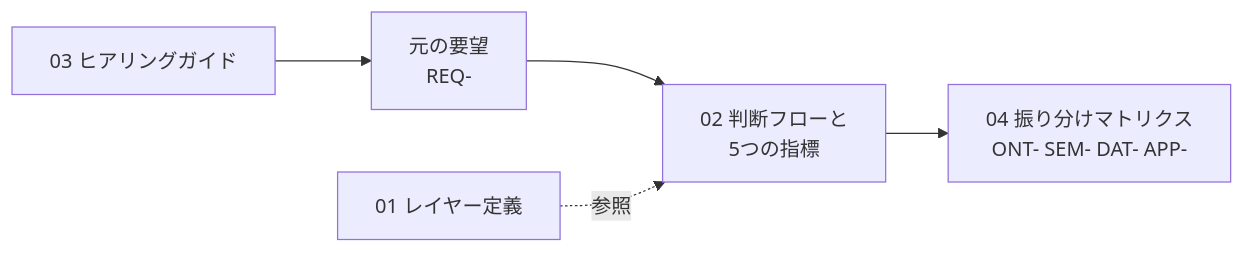
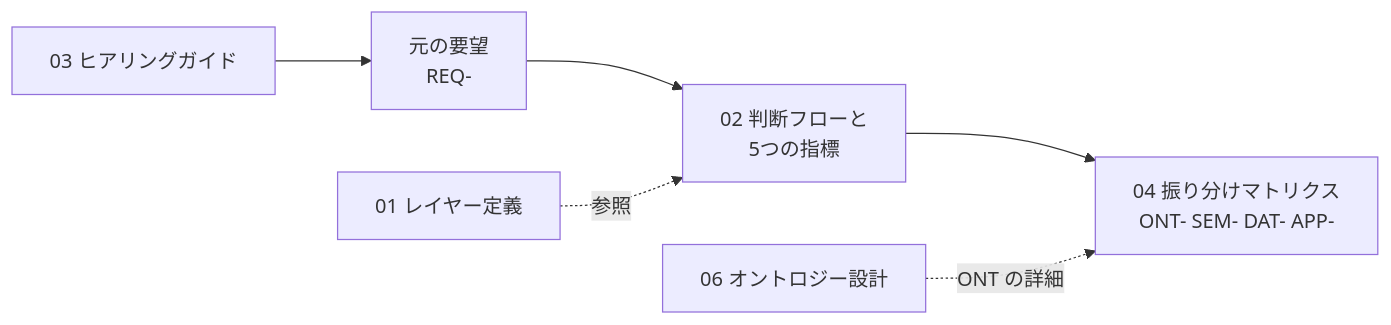
The diagram in README.ja.md (keito118/ai-ready-requirements), drawn with Mermaid before and after one commit. The commit also changed other lines of this file and 11 other files, not shown here.

````diff
--- a/README.ja.md
+++ b/README.ja.md
@@ -13,7 +13,8 @@
 ```mermaid
 flowchart LR
   I[03 ヒアリングガイド] --> R[元の要望<br/>REQ-]
   R --> F[02 判断フローと<br/>5つの指標]
   F --> M[04 振り分けマトリクス<br/>ONT- SEM- DAT- APP-]
   L[01 レイヤー定義] -. 参照 .-> F
+  OD[06 オントロジー設計] -. ONT の詳細 .-> M
 ```
````
